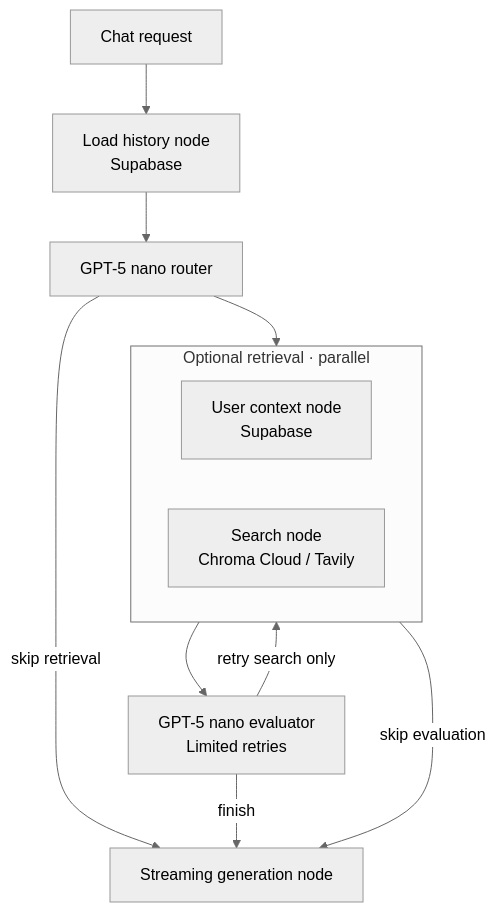
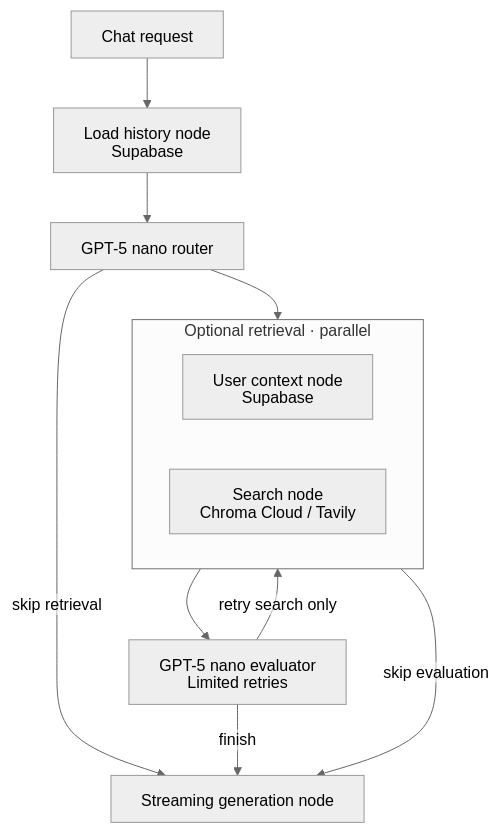
Before and after one commit to xurichard19/strength-and-conditioning-rag: the third of 5 diagrams in README.md, drawn with Mermaid (neutral theme). The commit also changed other lines of this file, not shown here.

First line of the commit message:
Clarify infrastructure diagrams in README

````diff
--- a/README.md
+++ b/README.md
@@ -68,19 +81,25 @@
 ```mermaid
+---
+config:
+  htmlLabels: false
+  flowchart:
+    htmlLabels: false
+---
 flowchart TB
     Request["Chat request"] --> History["Load history node<br/>Supabase"]
     History --> Route["GPT-5 nano router"]
 
     subgraph Retrieval["Optional retrieval · parallel"]
         Context["User context node<br/>Supabase"]
         Search["Search node<br/>Chroma Cloud / Tavily"]
     end
 
     Route --> Retrieval
     Route -->|skip retrieval| Generate
     Retrieval --> Evaluate["GPT-5 nano evaluator<br/>Limited retries"]
     Retrieval -->|skip evaluation| Generate
     Evaluate -->|retry search only| Retrieval
     Evaluate -->|finish| Generate
 
     Generate["Streaming generation node"]
 ```
````
